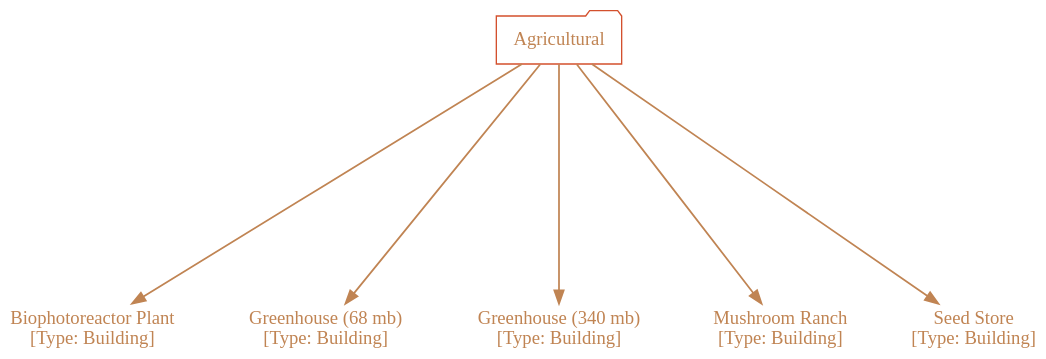
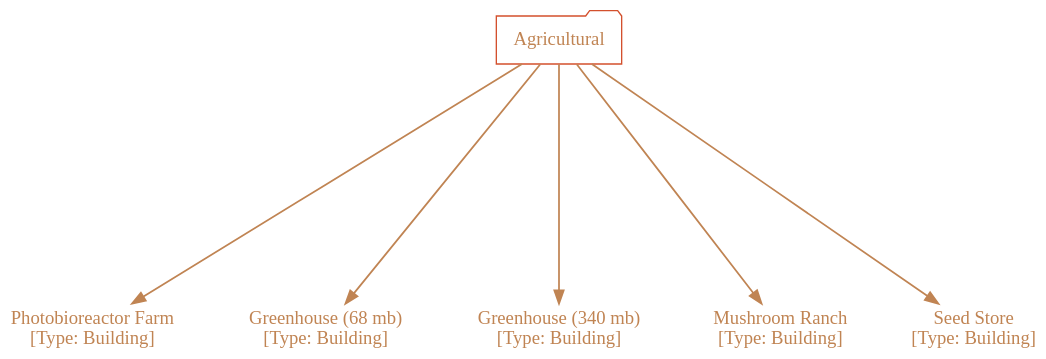
One commit to cartesiantheatre/handbook changed the diagram in Handbook/Game_Mechanics/Graphviz/Units_User_Basic_Agricultural.dot.gv. Above: the diagram before and after it, drawn with Graphviz. The commit also changed 14 other files, not shown here.

```diff
--- a/Handbook/Game_Mechanics/Graphviz/Units_User_Basic_Agricultural.dot.gv
+++ b/Handbook/Game_Mechanics/Graphviz/Units_User_Basic_Agricultural.dot.gv
@@ -1,49 +1,49 @@
 /*
   This is part of the Avaneya Project Crew Handbook.
   Copyright (C) 2010, 2011, 2012
     Kshatra Corp.
   See the file License for copying conditions.
   
   To manually compile:
       $ sudo aptitude install graphviz
       $ twopi -Tpdf Units_User_Basic_Agricultural.twopi.gv -o Units_User_Basic_Agricultural.pdf
 */
 
 digraph Units_User_Basic_Agricultural
 {
     // Graph attributes...
 	bgcolor="transparent";
 	margin="0";
 	ratio="auto";
     ranksep="2.5";
     pad="0.5,0.5";
     compound="true";
     overlap="vpsc";
     root="Agricultural";
 
 	// Node attributes...
 	node[color="#d3502dff"];
 	node[fillcolor="gray10"];
     node[fontcolor="#c08453ff"];
     node[fontname="Ubuntu"];
     node[shape="none"]
 	
 	// Edge attributes...
 	edge[color="#c08453ff"];
 	edge[penwidth="1.3"];
 
     // Units...
-    "Biophotoreactor Plant"[label="Biophotoreactor Plant\n[Type: Building]"];
+    "Photobioreactor Farm"[label="Photobioreactor Farm\n[Type: Building]"];
     "Greenhouse (68 mb)"[label="Greenhouse (68 mb)\n[Type: Building]"];
     "Greenhouse (340 mb)"[label="Greenhouse (340 mb)\n[Type: Building]"];
     "Mushroom Ranch"[label="Mushroom Ranch\n[Type: Building]"];
     "Seed Store"[label="Seed Store\n[Type: Building]"];
 
     // Categorical relations, but not build dependencies...
     "Agricultural"[shape="folder"];
-        "Agricultural" -> "Biophotoreactor Plant";
+        "Agricultural" -> "Photobioreactor Farm";
         "Agricultural" -> "Greenhouse (68 mb)";
         "Agricultural" -> "Greenhouse (340 mb)";
         "Agricultural" -> "Mushroom Ranch";
         "Agricultural" -> "Seed Store";
 }
```
